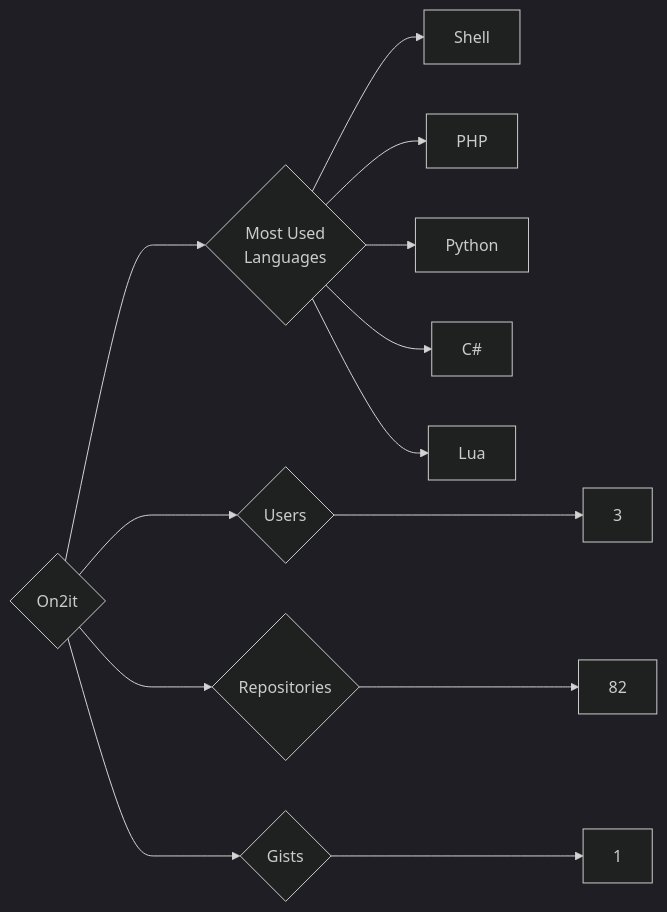
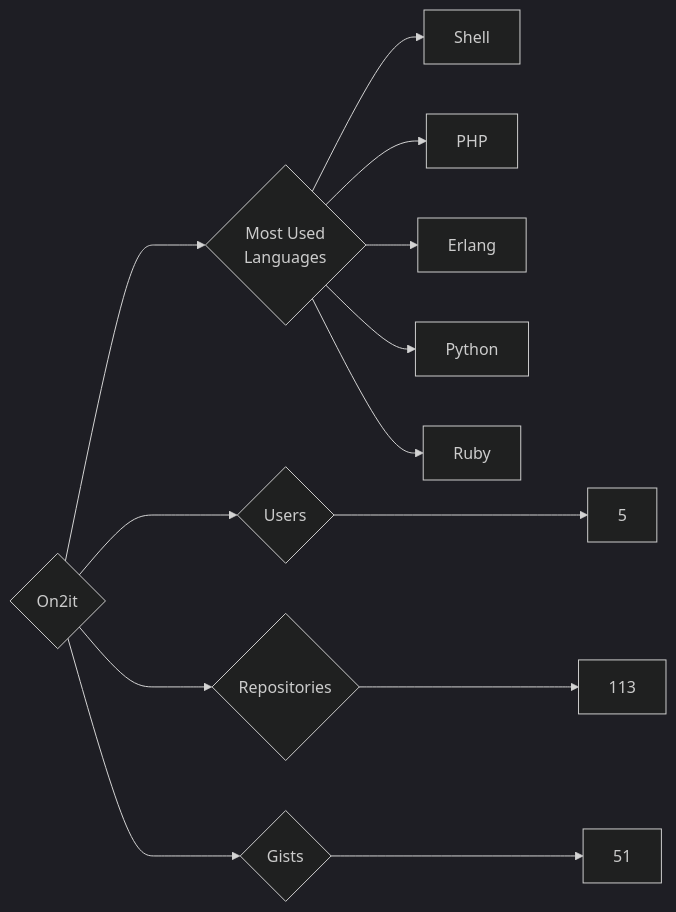
One commit to trickest/insiders changed the diagram in targets/On2it/README.md. Above: the diagram before and after it, drawn with Mermaid (dark theme). The commit also changed 871 other files, not shown here.

````diff
--- a/targets/On2it/README.md
+++ b/targets/On2it/README.md
@@ -3,13 +3,13 @@
 ```mermaid
 graph LR
 COMPANY_NAME{On2it}
-COMPANY_NAME ---> U{Users} ---> UN[3]
-COMPANY_NAME ---> R{Repositories} ---> RN[82]
-COMPANY_NAME ---> G{Gists} ---> GN[1]
+COMPANY_NAME ---> U{Users} ---> UN[5]
+COMPANY_NAME ---> R{Repositories} ---> RN[113]
+COMPANY_NAME ---> G{Gists} ---> GN[51]
 COMPANY_NAME ---> ML{Most Used<br>Languages}
 ML --> Shell[Shell]
 ML --> PHP[PHP]
+ML --> Erlang[Erlang]
 ML --> Python[Python]
-ML --> C#[C#]
-ML --> Lua[Lua]
+ML --> Ruby[Ruby]
 ```
````
